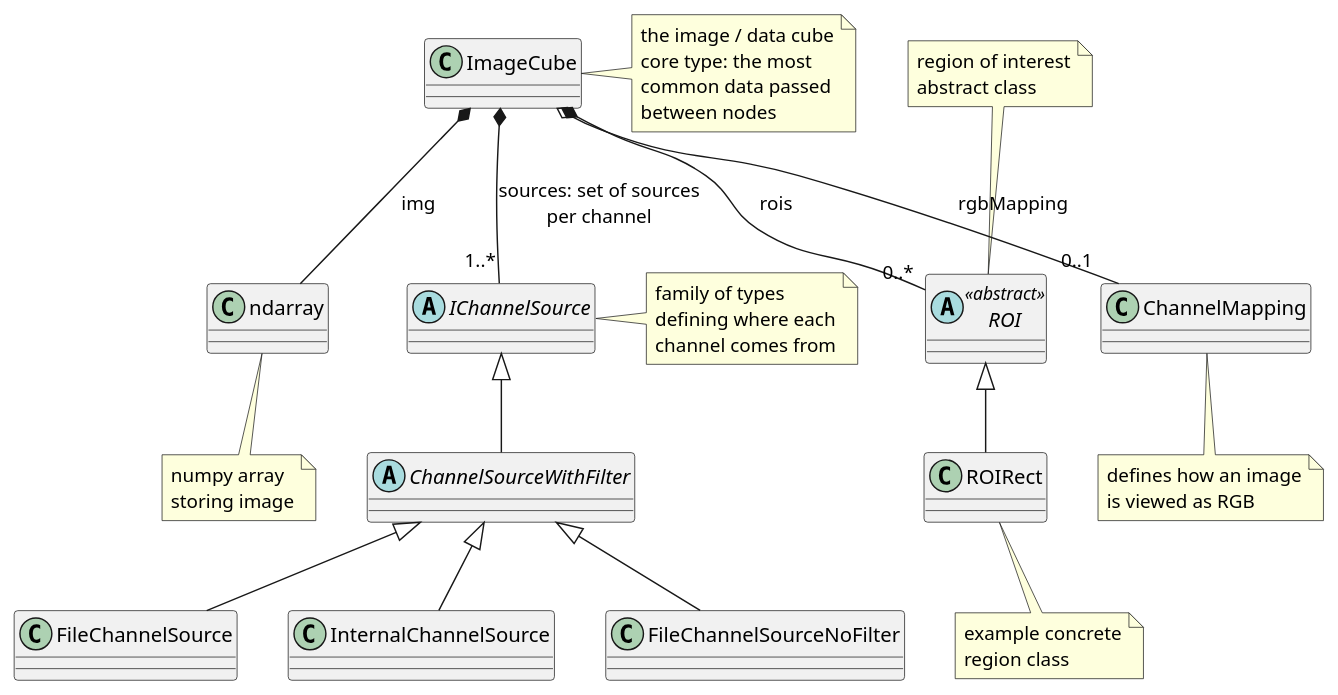
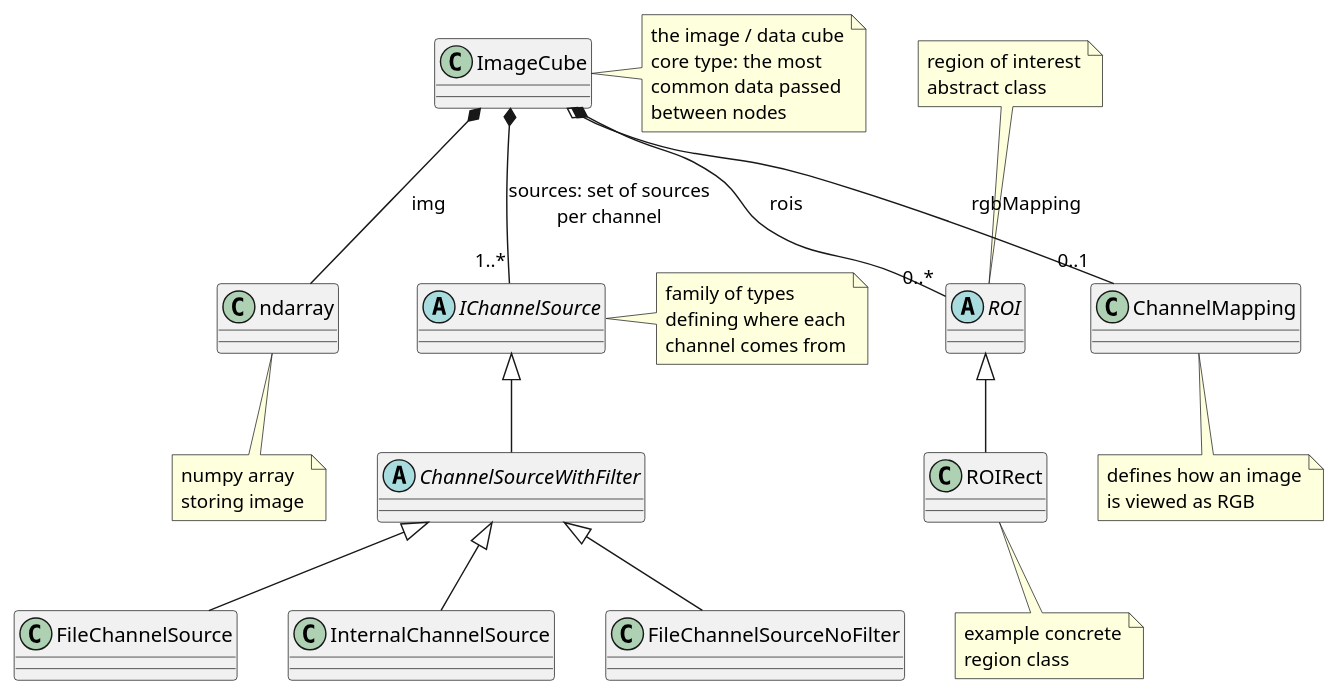
Before and after one commit to AU-ExoMars/PCOT: the diagram in docs/image.plantuml, drawn with PlantUML. The commit also changed 13 other files, not shown here.

```diff
--- a/docs/image.plantuml
+++ b/docs/image.plantuml
@@ -1,64 +1,64 @@
 @startuml
 skinparam classAttributeIconSize 0
 
-abstract class ROI <<abstract>> {
+abstract class ROI {
 }
 
 note top of ROI
 region of interest
 abstract class
 end note
 
 class ROIRect extends ROI {
 }
 note bottom of ROIRect
 example concrete
 region class
 end note
 
 class ChannelMapping {
 }
 note bottom of ChannelMapping
 defines how an image
 is viewed as RGB
 end note
 
 abstract class IChannelSource {
 }
 note right of IChannelSource
 family of types
 defining where each
 channel comes from
 end note
 
 abstract class ChannelSourceWithFilter extends IChannelSource {
 }
 class InternalChannelSource extends ChannelSourceWithFilter {
 }
 class FileChannelSourceNoFilter extends ChannelSourceWithFilter {
 }
 class FileChannelSource extends ChannelSourceWithFilter {
 }
 
 
 
 class ImageCube {
 }
 note right of ImageCube
 the image / data cube
 core type: the most
 common data passed
 between nodes
 end note
 
 ImageCube *-- "1..*" IChannelSource: "sources: set of sources\nper channel"
 ImageCube o-- "0..1" ChannelMapping: rgbMapping
 ImageCube *-- ndarray : img
 ImageCube *-- "0..*" ROI : rois
 
 note bottom of ndarray
 numpy array 
 storing image
 end note
 
 @enduml
```
